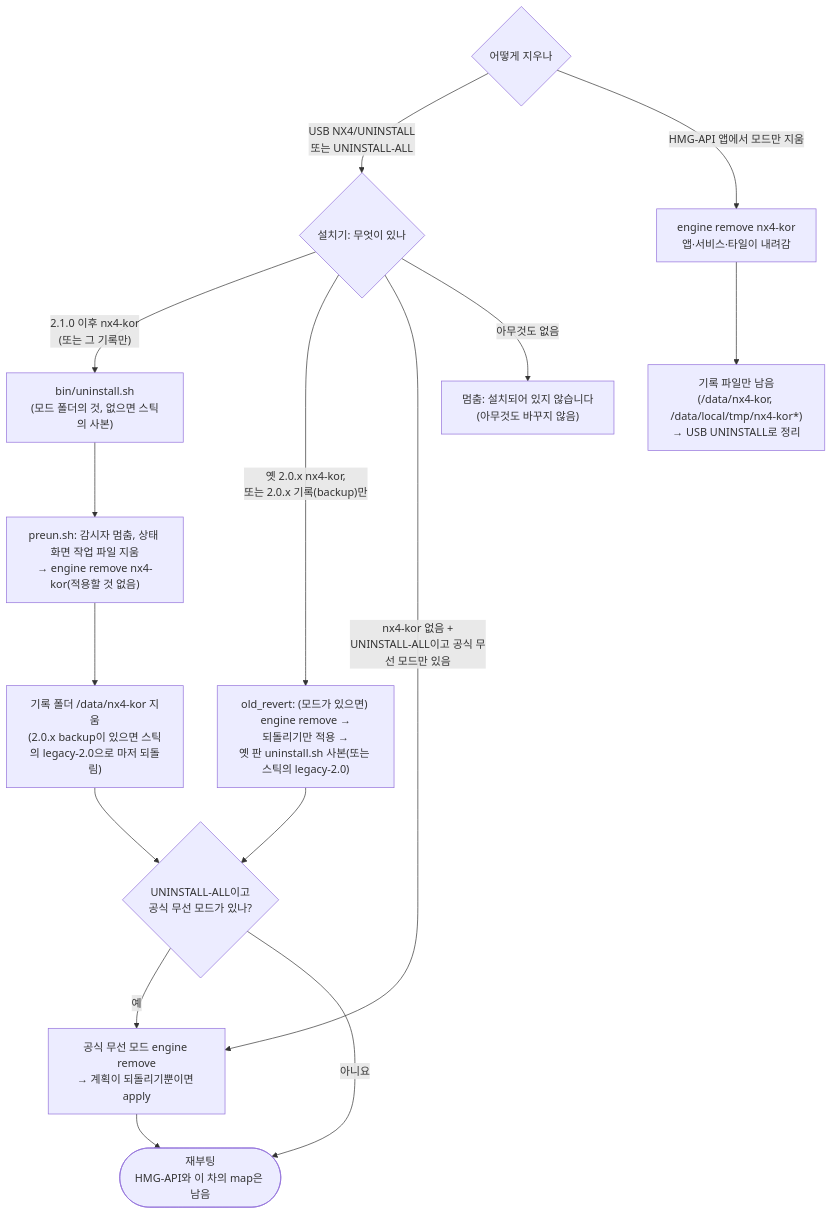
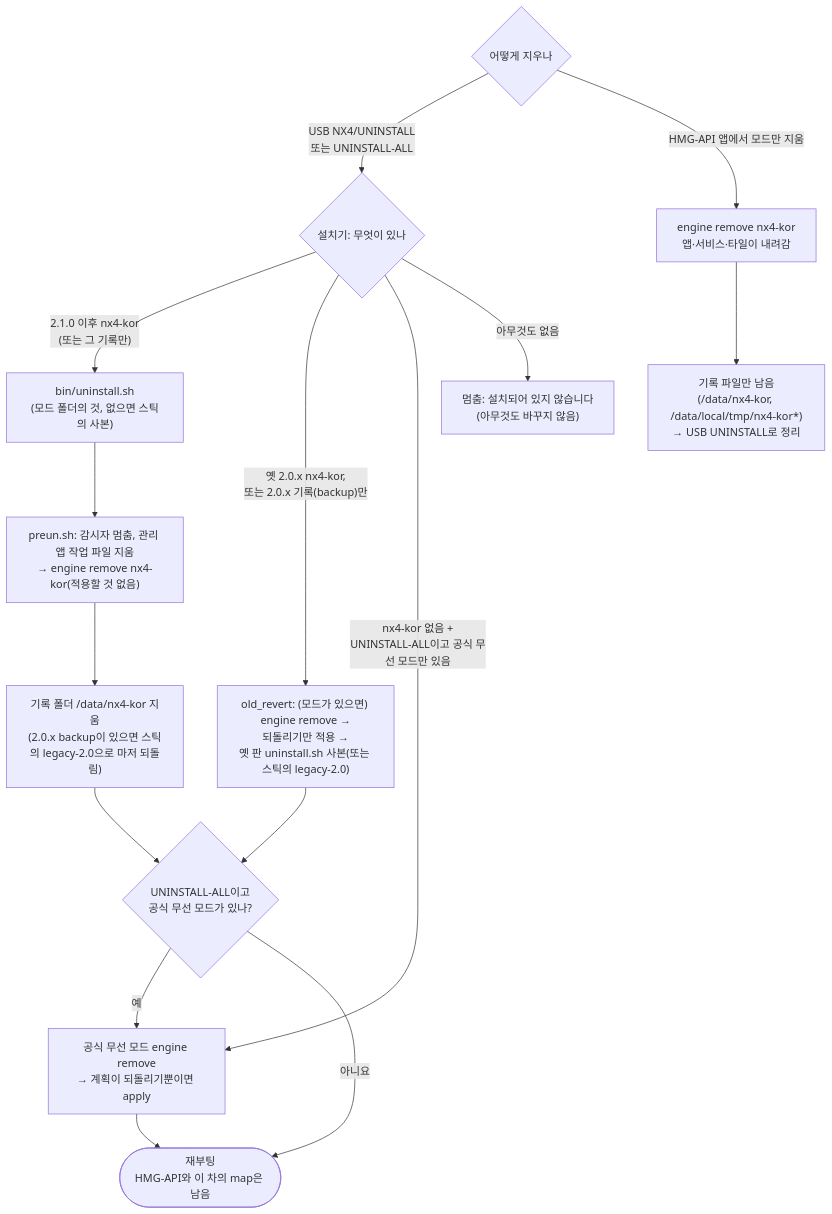
Before and after one commit to jay-park-lab/hmgapi-nx4-kor: the seventh of 7 diagrams in docs/flow.md, drawn with Mermaid. The commit also changed other lines of this file and 30 other files, not shown here.

````diff
--- a/docs/flow.md
+++ b/docs/flow.md
@@ -197,18 +197,18 @@
 ```mermaid
 flowchart TD
   Q{"어떻게 지우나"}
   Q -->|"USB NX4/UNINSTALL<br/>또는 UNINSTALL-ALL"| WHAT{"설치기: 무엇이 있나"}
   Q -->|"HMG-API 앱에서 모드만 지움"| AR["engine remove nx4-kor<br/>앱·서비스·타일이 내려감"]
   WHAT -->|"2.1.0 이후 nx4-kor<br/>(또는 그 기록만)"| U1["bin/uninstall.sh<br/>(모드 폴더의 것, 없으면 스틱의 사본)"]
   WHAT -->|"옛 2.0.x nx4-kor,<br/>또는 2.0.x 기록(backup)만"| OLDR["old_revert: (모드가 있으면) engine remove →<br/>되돌리기만 적용 →<br/>옛 판 uninstall.sh 사본(또는 스틱의 legacy-2.0)"]
   WHAT -->|"nx4-kor 없음 +<br/>UNINSTALL-ALL이고 공식 무선 모드만 있음"| WR["공식 무선 모드 engine remove<br/>→ 계획이 되돌리기뿐이면 apply"]
   WHAT -->|"아무것도 없음"| NONE["멈춤: 설치되어 있지 않습니다<br/>(아무것도 바꾸지 않음)"]
-  U1 --> PR["preun.sh: 감시자 멈춤, 상태 화면 작업 파일 지움<br/>→ engine remove nx4-kor(적용할 것 없음)"]
+  U1 --> PR["preun.sh: 감시자 멈춤, 관리 앱 작업 파일 지움<br/>→ engine remove nx4-kor(적용할 것 없음)"]
   PR --> RM["기록 폴더 /data/nx4-kor 지움<br/>(2.0.x backup이 있으면 스틱의 legacy-2.0으로 마저 되돌림)"]
   RM --> ALL{"UNINSTALL-ALL이고<br/>공식 무선 모드가 있나?"}
   OLDR --> ALL
   ALL -->|"예"| WR
   ALL -->|"아니요"| FIN(["재부팅<br/>HMG-API와 이 차의 map은 남음"])
   WR --> FIN
   AR --> LEFT["기록 파일만 남음<br/>(/data/nx4-kor, /data/local/tmp/nx4-kor*)<br/>→ USB UNINSTALL로 정리"]
 ```
````
